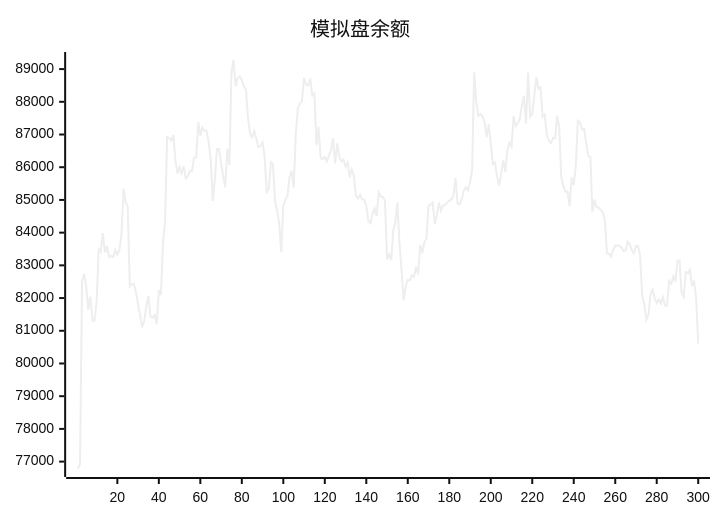
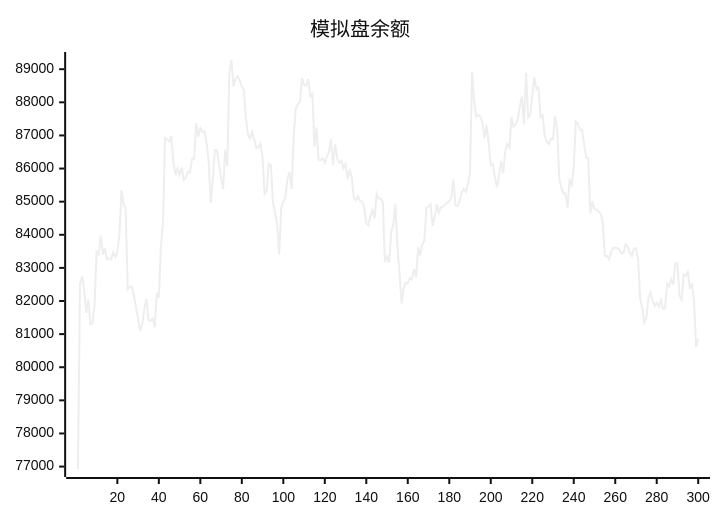
Before and after one commit to aahl/ai-trading: the diagram in README.md, drawn with Mermaid (neutral theme). The commit also changed other lines of this file and 1 other file, not shown here.

````diff
--- a/README.md
+++ b/README.md
@@ -5,5 +5,5 @@
 ```mermaid
 xychart
     title "模拟盘余额"
-    line [76774,76927,82520,82744,82337,81639,82040,81307,81314,81887,83490,83414,83984,83396,83594,83261,83287,83253,83470,83327,83465,83987,85348,84930,84786,82355,82433,82438,82167,81795,81466,81105,81315,81756,82064,81426,81398,81481,81210,82242,82099,83658,84359,86925,86892,86814,86980,86203,85802,86003,85811,86028,85657,85721,85896,85880,86300,86299,87378,86965,87214,87115,87118,86780,86238,84966,85623,86555,86562,86129,85722,85387,86569,86070,88870,89278,88477,88720,88781,88668,88467,88372,87493,87018,86917,87102,86870,86613,86644,86758,86317,85242,85334,86149,86106,84968,84671,84302,83410,84816,85001,85127,85693,85891,85384,87001,87811,87945,88007,88734,88528,88495,88705,88189,88248,86662,87234,86279,86251,86314,86177,86364,86503,86886,86114,86731,86310,86176,86240,86017,86136,85685,85938,85749,85111,85044,85164,85016,85008,84824,84354,84287,84572,84745,84500,85234,85096,85095,84970,83180,83338,83157,84070,84309,84922,83667,82850,81924,82369,82552,82539,82695,82648,82962,82728,83619,83378,83710,83825,84819,84854,84917,84265,84527,84919,84668,84834,84850,84916,84981,85004,85131,85674,84891,84864,85019,85284,85393,85294,85538,85894,88904,88012,87567,87625,87568,87386,86920,87313,86737,86094,86143,85725,85437,85787,86219,85859,86526,86740,86630,87563,87264,87335,87483,87886,88180,87335,88894,87544,87608,88207,88755,88401,88444,87543,87608,87000,86810,86740,86894,86884,87576,87209,85686,85435,85251,85255,84820,85689,85453,86066,87420,87373,87161,87178,86740,86341,86315,84643,85012,84772,84768,84690,84635,84376,83360,83357,83259,83474,83608,83606,83602,83548,83440,83454,83724,83644,83464,83365,83590,83592,83275,82072,81806,81344,81492,82109,82254,82006,81848,81955,81829,82022,81769,81776,82522,82441,82656,82498,83144,83144,82150,82038,82797,82763,82872,82367,82536,81981,80612]
+    line [76927,82520,82744,82337,81639,82040,81307,81314,81887,83490,83414,83984,83396,83594,83261,83287,83253,83470,83327,83465,83987,85348,84930,84786,82355,82433,82438,82167,81795,81466,81105,81315,81756,82064,81426,81398,81481,81210,82242,82099,83658,84359,86925,86892,86814,86980,86203,85802,86003,85811,86028,85657,85721,85896,85880,86300,86299,87378,86965,87214,87115,87118,86780,86238,84966,85623,86555,86562,86129,85722,85387,86569,86070,88870,89278,88477,88720,88781,88668,88467,88372,87493,87018,86917,87102,86870,86613,86644,86758,86317,85242,85334,86149,86106,84968,84671,84302,83410,84816,85001,85127,85693,85891,85384,87001,87811,87945,88007,88734,88528,88495,88705,88189,88248,86662,87234,86279,86251,86314,86177,86364,86503,86886,86114,86731,86310,86176,86240,86017,86136,85685,85938,85749,85111,85044,85164,85016,85008,84824,84354,84287,84572,84745,84500,85234,85096,85095,84970,83180,83338,83157,84070,84309,84922,83667,82850,81924,82369,82552,82539,82695,82648,82962,82728,83619,83378,83710,83825,84819,84854,84917,84265,84527,84919,84668,84834,84850,84916,84981,85004,85131,85674,84891,84864,85019,85284,85393,85294,85538,85894,88904,88012,87567,87625,87568,87386,86920,87313,86737,86094,86143,85725,85437,85787,86219,85859,86526,86740,86630,87563,87264,87335,87483,87886,88180,87335,88894,87544,87608,88207,88755,88401,88444,87543,87608,87000,86810,86740,86894,86884,87576,87209,85686,85435,85251,85255,84820,85689,85453,86066,87420,87373,87161,87178,86740,86341,86315,84643,85012,84772,84768,84690,84635,84376,83360,83357,83259,83474,83608,83606,83602,83548,83440,83454,83724,83644,83464,83365,83590,83592,83275,82072,81806,81344,81492,82109,82254,82006,81848,81955,81829,82022,81769,81776,82522,82441,82656,82498,83144,83144,82150,82038,82797,82763,82872,82367,82536,81981,80612,80862]
 ```
````
